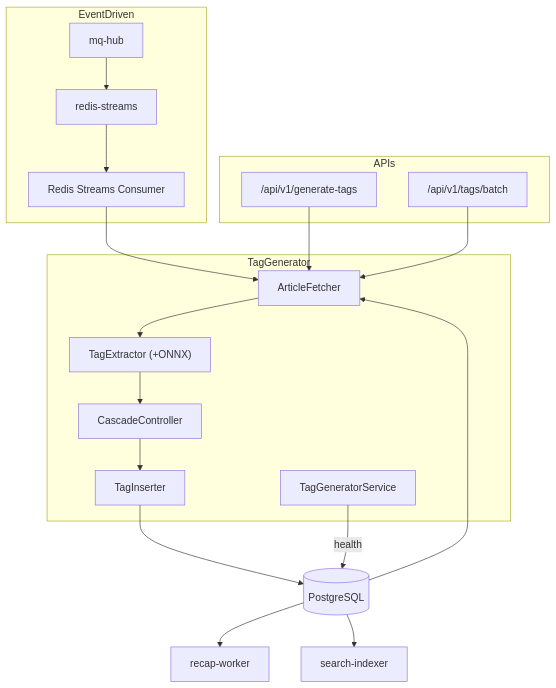
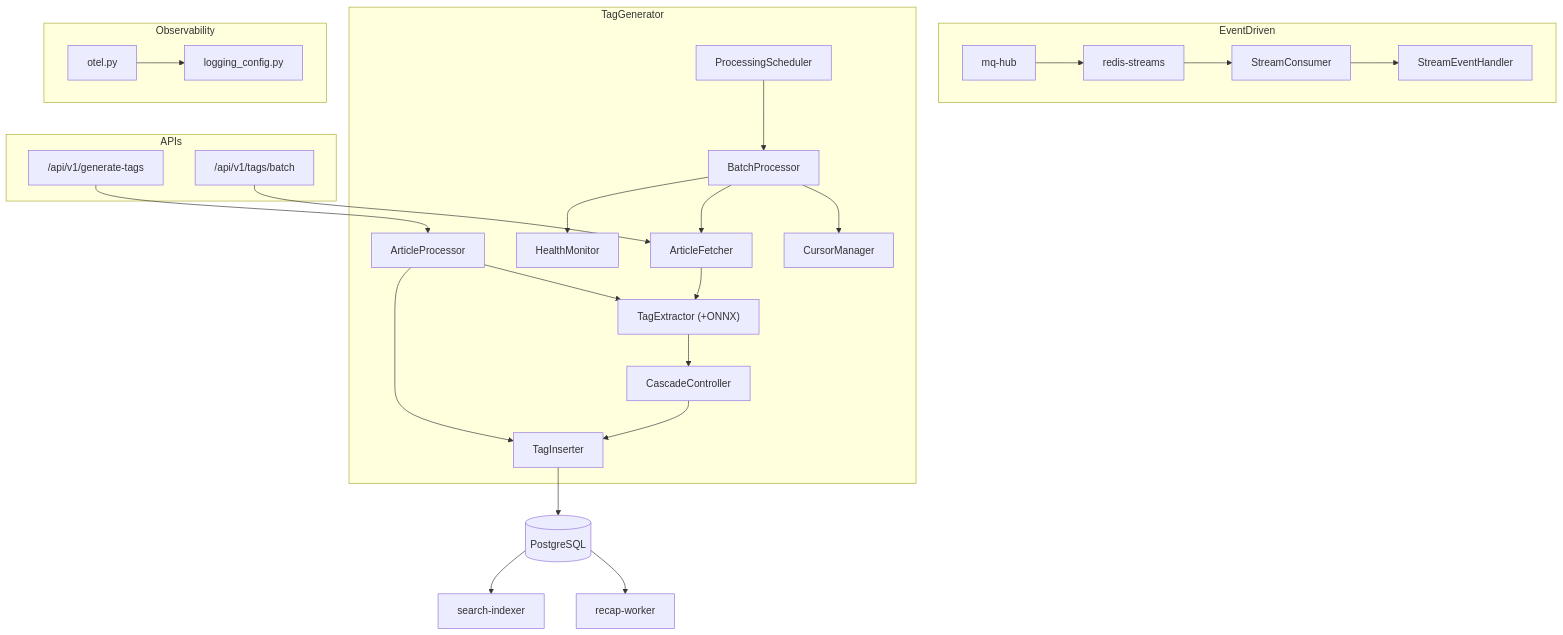
One commit to Kaikei-e/Alt changed the diagram in docs/services/tag-generator.md. Above: the diagram before and after it, drawn with Mermaid. The commit also changed other lines of this file and 11 other files, not shown here.

First line of the commit message:
docs: Update service documentation with latest reviews and architectural changes

````diff
--- a/docs/services/tag-generator.md
+++ b/docs/services/tag-generator.md
@@ -15,34 +16,50 @@
 ```mermaid
 flowchart TD
     subgraph EventDriven
         RS[redis-streams]
         MQ[mq-hub]
-        Consumer[Redis Streams Consumer]
+        Consumer[StreamConsumer]
+        Handler[StreamEventHandler]
     end
 
     subgraph TagGenerator
+        Scheduler[ProcessingScheduler]
+        BatchProc[BatchProcessor]
         Fetcher[ArticleFetcher]
         Extractor["TagExtractor (+ONNX)"]
         Cascade[CascadeController]
         Inserter[TagInserter]
-        Generator[TagGeneratorService]
+        CursorMgr[CursorManager]
+        HealthMon[HealthMonitor]
+        ArticleProc[ArticleProcessor]
     end
 
     subgraph APIs
         API["/api/v1/generate-tags"]
         BatchAPI["/api/v1/tags/batch"]
     end
 
+    subgraph Observability
+        OTel[otel.py]
+        LogConfig[logging_config.py]
+    end
+
     Postgres[(PostgreSQL)]
     Recap[recap-worker]
     Search[search-indexer]
 
-    RS --> Consumer --> Fetcher
+    RS --> Consumer --> Handler
     MQ --> RS
-    Postgres --> Fetcher --> Extractor --> Cascade --> Inserter --> Postgres
-    Generator -->|health| Postgres
-    API --> Fetcher
+    Scheduler --> BatchProc
+    BatchProc --> CursorMgr
+    BatchProc --> Fetcher
+    Fetcher --> Extractor --> Cascade --> Inserter --> Postgres
+    BatchProc --> HealthMon
+    ArticleProc --> Extractor
+    ArticleProc --> Inserter
+    API --> ArticleProc
     BatchAPI --> Fetcher
     Postgres --> Recap
     Postgres --> Search
+    OTel --> LogConfig
 ```
````
